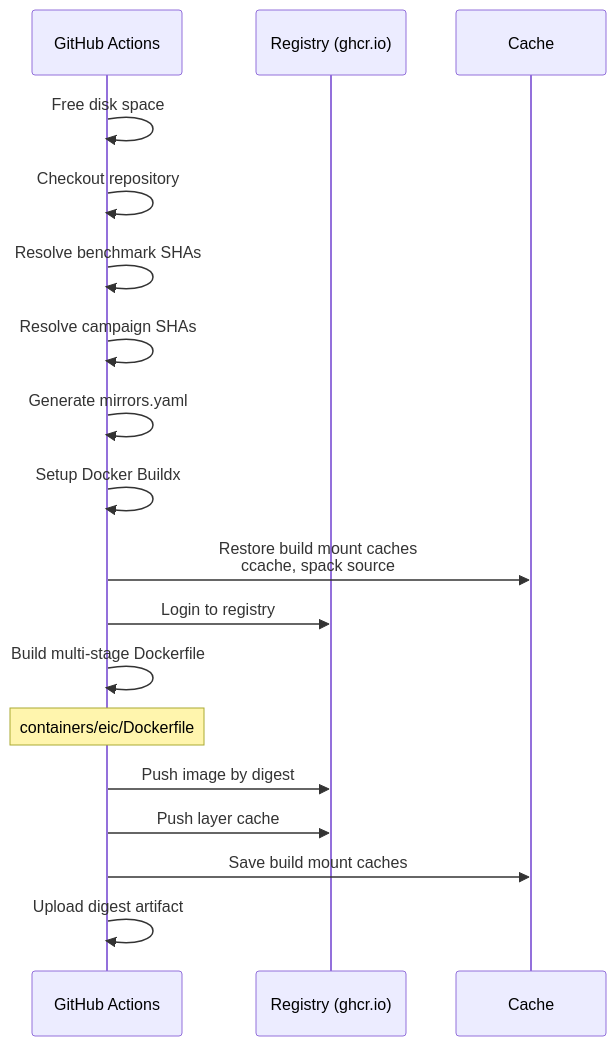
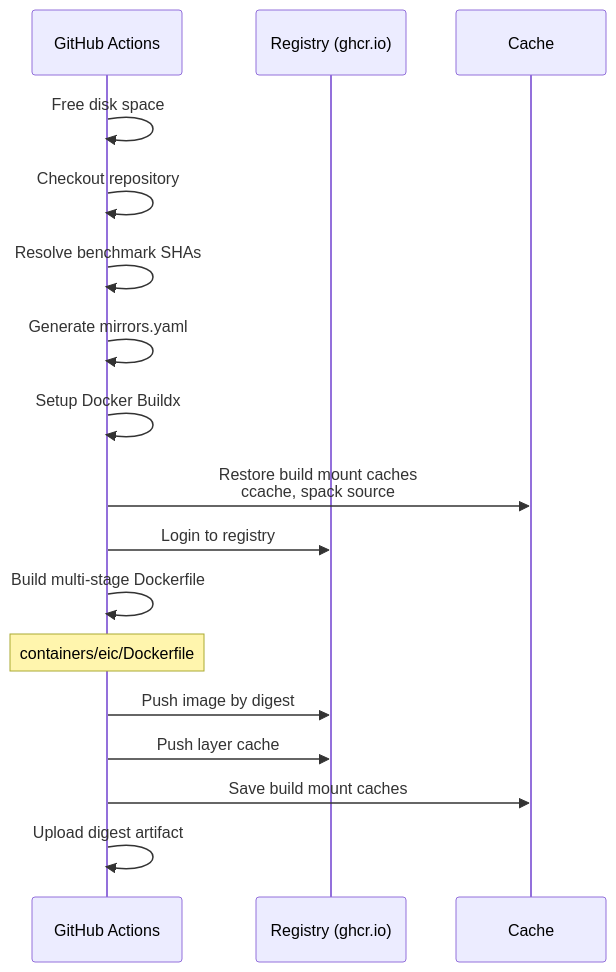
Before and after one commit to eic/containers: the fourth of 4 diagrams in docs/build-pipeline.md, drawn with Mermaid. The commit also changed other lines of this file and 2 other files, not shown here.

Commit message:
fix: rm campaign scripts from eic containers (#447)
* fix: rm campaign scripts from eic containers

* fix: rm CAMPAIGNS_* from build-eic.sh

* fix: rm campaign refs from docs

````diff
--- a/docs/build-pipeline.md
+++ b/docs/build-pipeline.md
@@ -119,21 +119,20 @@
 ```mermaid
 sequenceDiagram
     participant GH as GitHub Actions
     participant R as Registry (ghcr.io)
     participant C as Cache
 
     GH->>GH: Free disk space
     GH->>GH: Checkout repository
     GH->>GH: Resolve benchmark SHAs
-    GH->>GH: Resolve campaign SHAs
     GH->>GH: Generate mirrors.yaml
     GH->>GH: Setup Docker Buildx
     GH->>C: Restore build mount caches<br/>ccache, spack source
     GH->>R: Login to registry
     GH->>GH: Build multi-stage Dockerfile
     Note over GH: containers/eic/Dockerfile
     GH->>R: Push image by digest
     GH->>R: Push layer cache
     GH->>C: Save build mount caches
     GH->>GH: Upload digest artifact
 ```
````
